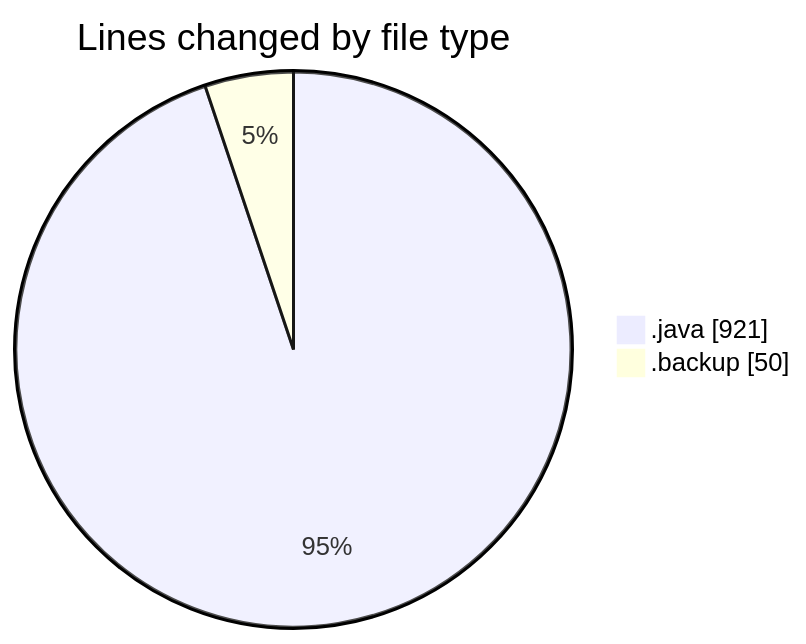
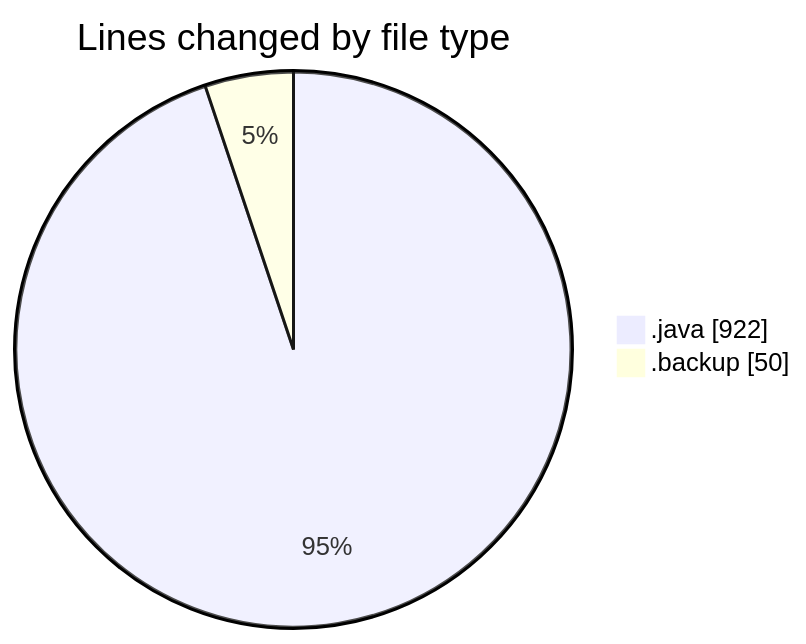
The first of 2 diagrams in 2026-02-26/cilapp/README.md (ricardozamudiocil/code-tracking), drawn with Mermaid before and after one commit. The commit also changed other lines of this file and 1 other file, not shown here.

````diff
--- a/2026-02-26/cilapp/README.md
+++ b/2026-02-26/cilapp/README.md
@@ -25,6 +25,6 @@
 ```mermaid
 pie showData
 title Lines changed by file type
-".java" : 921
+".java" : 922
 ".backup" : 50
 ```
````
